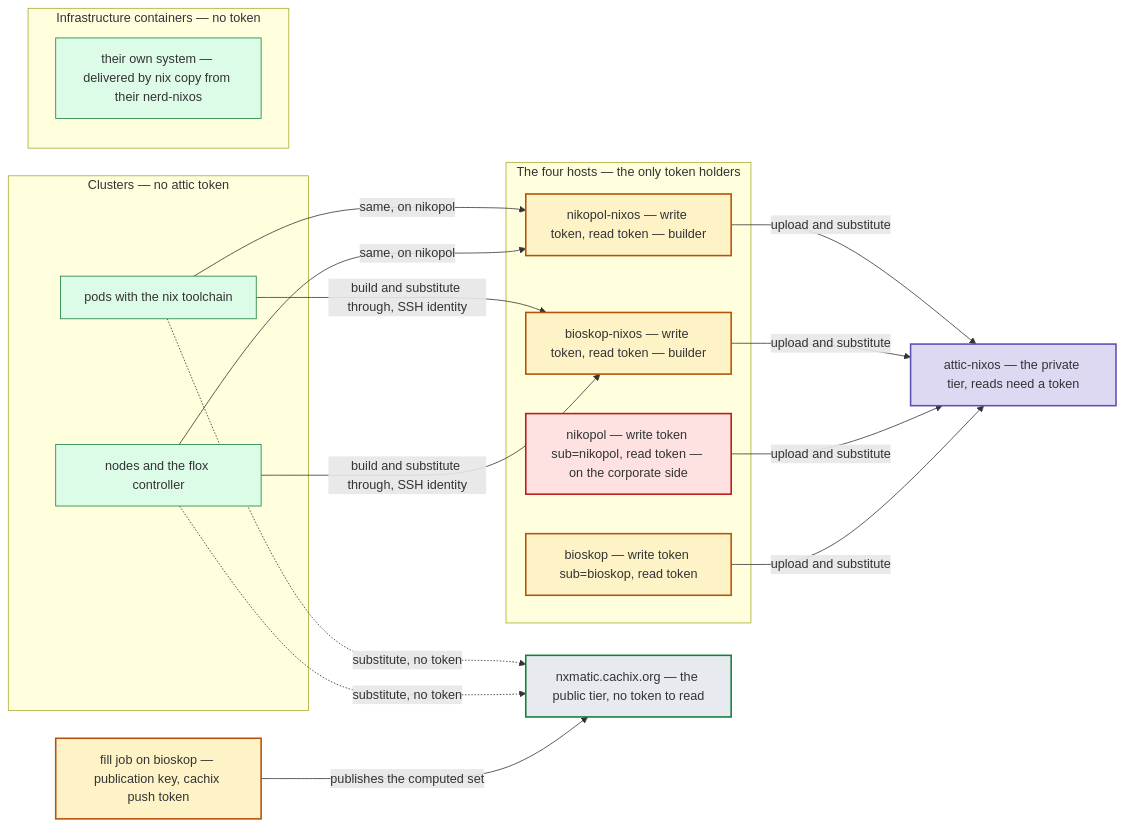
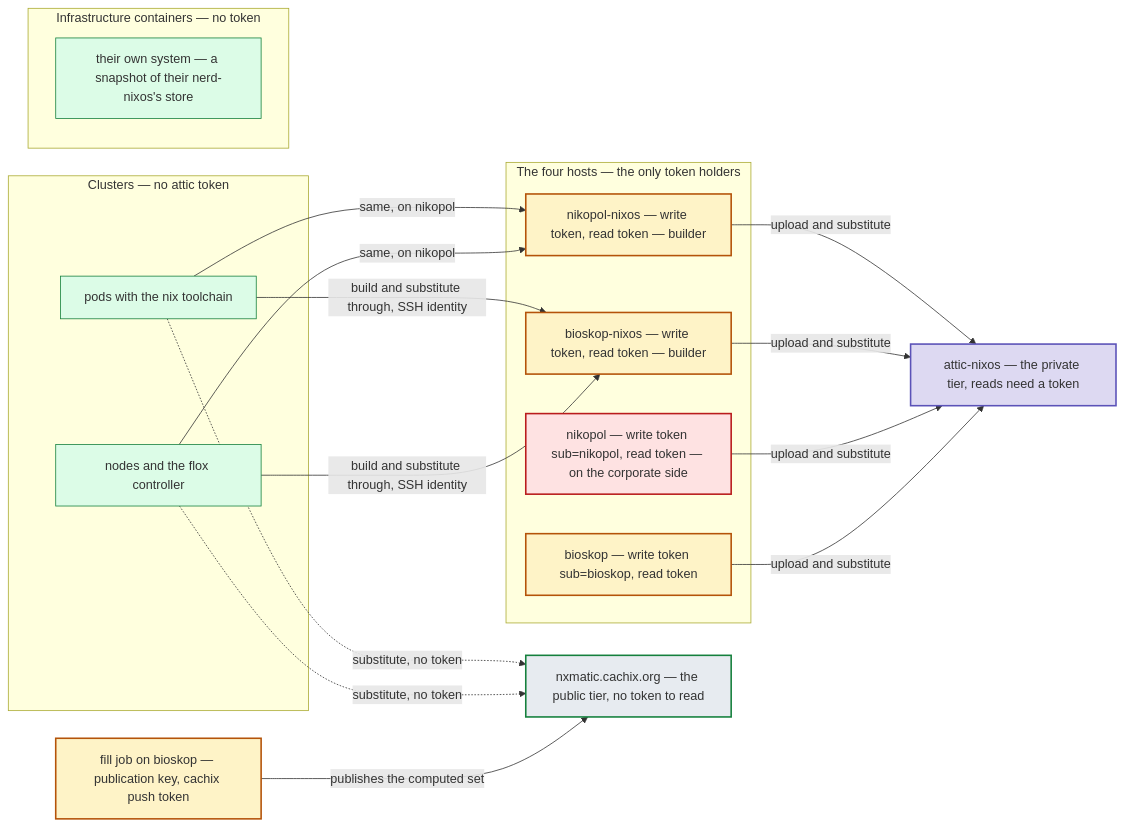
One commit to seedmatic/ndh changed diagram 11 of 12 in docs/private-binary-cache-spec.adoc. Above: the diagram before and after it, drawn with Mermaid. The commit also changed other lines of this file, not shown here.

```diff
--- a/docs/private-binary-cache-spec.adoc
+++ b/docs/private-binary-cache-spec.adoc
@@ -1561,32 +1606,32 @@
 [mermaid]
 ....
 flowchart LR
   subgraph HOSTS["The four hosts — the only token holders"]
     h1["bioskop — write token sub=bioskop, read token"]:::writer
     h2["nikopol — write token sub=nikopol, read token — on the corporate side"]:::corp
     h3["bioskop-nixos — write token, read token — builder"]:::writer
     h4["nikopol-nixos — write token, read token — builder"]:::writer
   end
   subgraph CLUSTERS["Clusters — no attic token"]
     n1["nodes and the flox controller"]:::none
     p1["pods with the nix toolchain"]:::none
   end
   subgraph INFRA["Infrastructure containers — no token"]
-    c1["their own system — delivered by nix copy from their nerd-nixos"]:::none
+    c1["their own system — a snapshot of their nerd-nixos's store"]:::none
   end
   attic["attic-nixos — the private tier, reads need a token"]:::cache
   cx["nxmatic.cachix.org — the public tier, no token to read"]:::pub
   fj["fill job on bioskop — publication key, cachix push token"]:::writer
 
   h1 & h2 & h3 & h4 -->|"upload and substitute"| attic
   fj -->|"publishes the computed set"| cx
   n1 & p1 -.->|"substitute, no token"| cx
   n1 & p1 -->|"build and substitute through, SSH identity"| h3
   n1 & p1 -->|"same, on nikopol"| h4
 
   classDef writer fill:#fef3c7,stroke:#b45309,stroke-width:2px;
   classDef corp fill:#fee2e2,stroke:#b91c1c,stroke-width:2px;
   classDef none fill:#dcfce7,stroke:#15803d;
   classDef cache fill:#ddd9f2,stroke:#5b52b8,stroke-width:2px;
   classDef pub fill:#e7ebf0,stroke:#15803d,stroke-width:2px;
 ....
```
